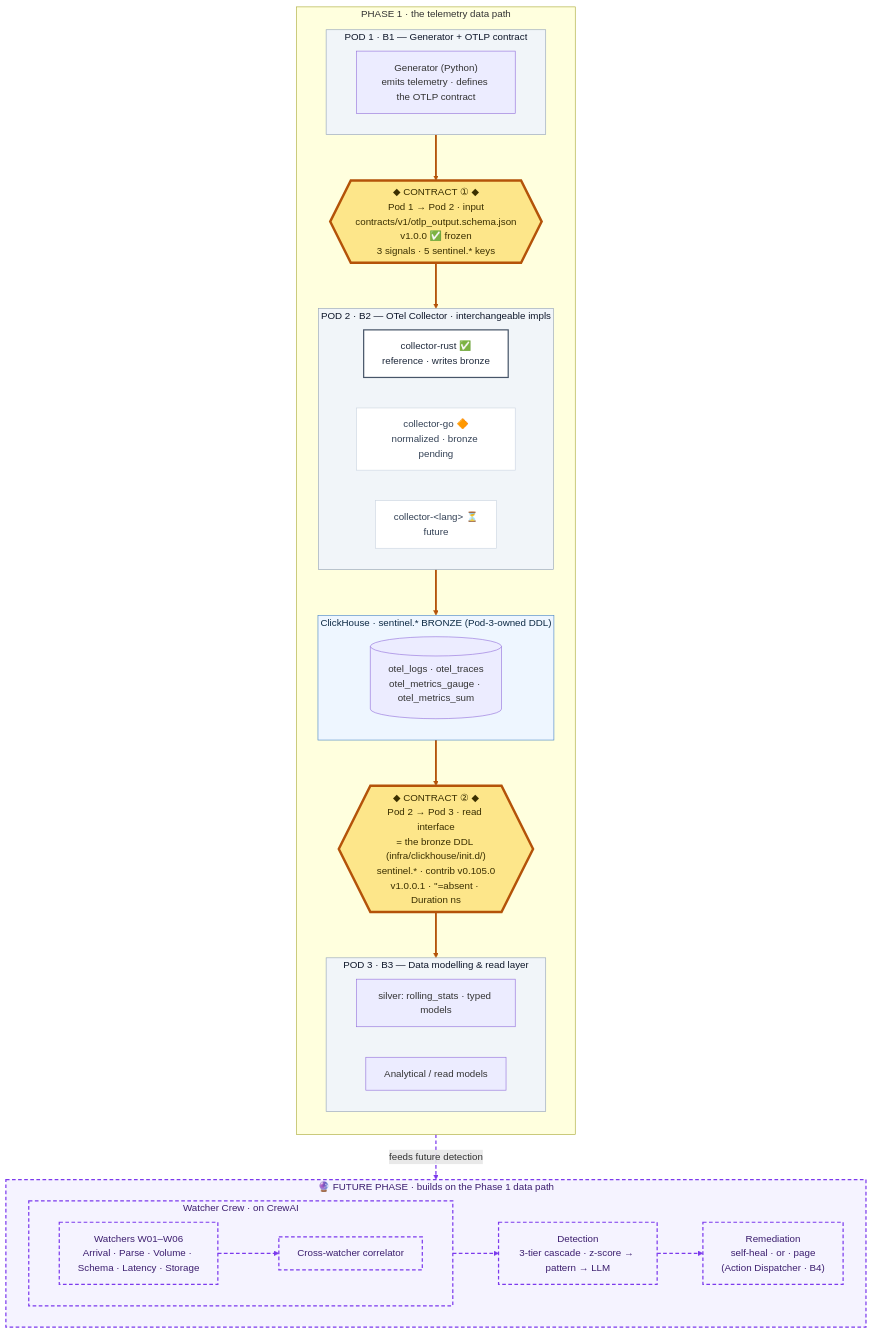
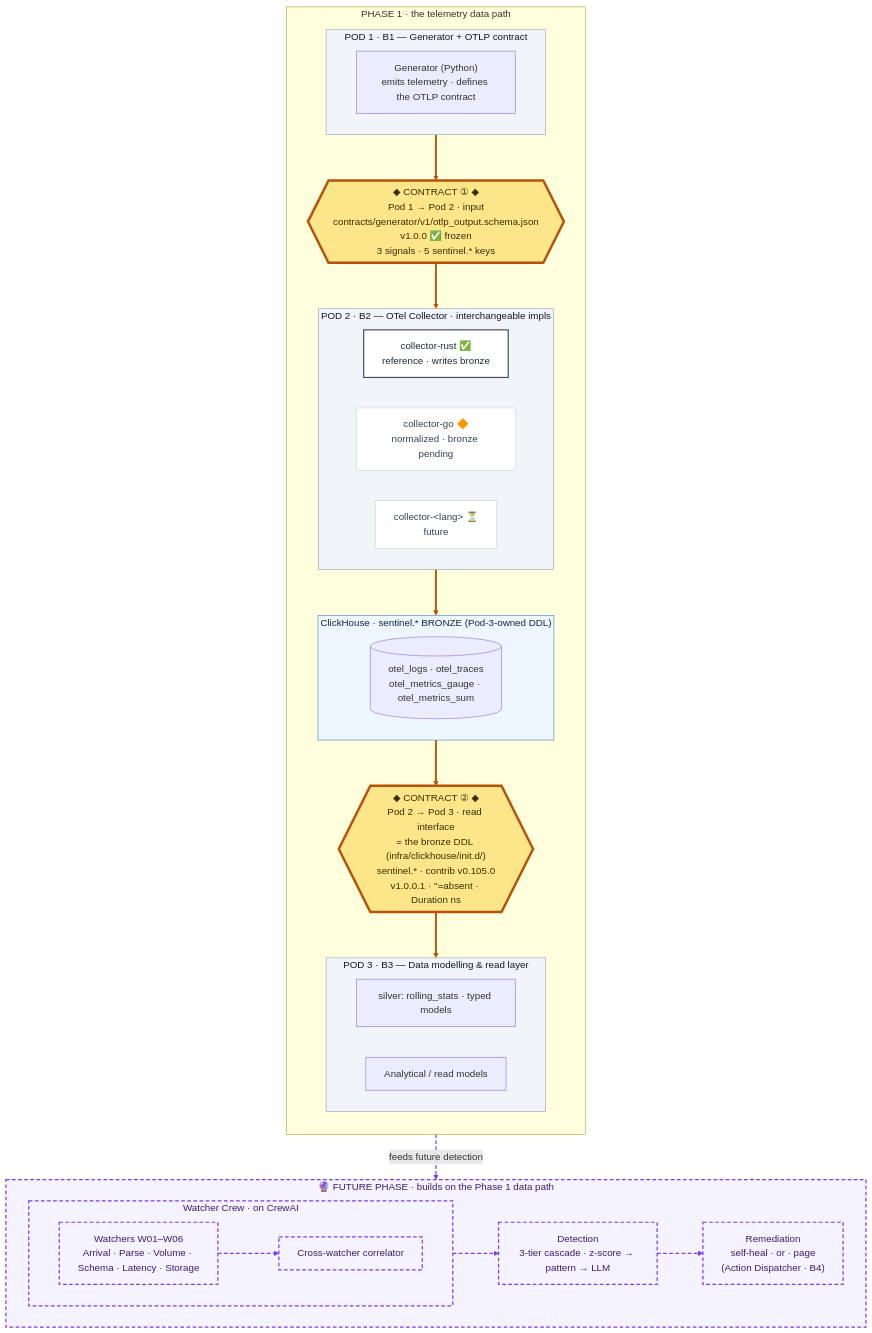
The diagram in README.md (luanmorenommaciel/sentinel), drawn with Mermaid before and after one commit. The commit also changed other lines of this file and 34 other files, not shown here.

````diff
--- a/README.md
+++ b/README.md
@@ -14,63 +14,63 @@
 ```mermaid
 flowchart TB
     subgraph PHASE1["PHASE 1 · the telemetry data path"]
         direction TB
         subgraph POD1["POD 1 · B1 — Generator + OTLP contract"]
             GEN["Generator (Python)<br/>emits telemetry · defines the OTLP contract"]
         end
 
-        C1{{"◆ CONTRACT ① ◆<br/>Pod 1 → Pod 2 · input<br/>contracts/v1/otlp_output.schema.json<br/>v1.0.0 ✅ frozen<br/>3 signals · 5 sentinel.* keys"}}
+        C1{{"◆ CONTRACT ① ◆<br/>Pod 1 → Pod 2 · input<br/>contracts/generator/v1/otlp_output.schema.json<br/>v1.0.0 ✅ frozen<br/>3 signals · 5 sentinel.* keys"}}
 
         subgraph POD2["POD 2 · B2 — OTel Collector · interchangeable impls"]
             direction LR
             CRUST["collector-rust ✅<br/>reference · writes bronze"]
             CGO["collector-go 🔶<br/>normalized · bronze pending"]
             C3["collector-&lt;lang&gt; ⏳<br/>future"]
         end
 
         subgraph STORE["ClickHouse · sentinel.* BRONZE (Pod-3-owned DDL)"]
             direction LR
             RAW[("otel_logs · otel_traces<br/>otel_metrics_gauge · otel_metrics_sum")]
         end
 
         C2{{"◆ CONTRACT ② ◆<br/>Pod 2 → Pod 3 · read interface<br/>= the bronze DDL (infra/clickhouse/init.d/)<br/>sentinel.* · contrib v0.105.0<br/>v1.0.0.1 · ''=absent · Duration ns"}}
 
         subgraph POD3["POD 3 · B3 — Data modelling & read layer"]
             direction LR
             SILVER["silver: rolling_stats · typed models"]
             DM["Analytical / read models"]
         end
 
         POD1 ==> C1 ==> POD2 ==> STORE ==> C2 ==> POD3
     end
 
     subgraph FUTURE["🔮 FUTURE PHASE · builds on the Phase 1 data path"]
         direction LR
         subgraph CREW["Watcher Crew · on CrewAI"]
             direction LR
             WATCH["Watchers W01–W06<br/>Arrival · Parse · Volume · Schema · Latency · Storage"]
             XCORR["Cross-watcher correlator"]
             WATCH --> XCORR
         end
         DETECT["Detection<br/>3-tier cascade · z-score → pattern → LLM"]
         REMED["Remediation<br/>self-heal · or · page<br/>(Action Dispatcher · B4)"]
         CREW --> DETECT --> REMED
     end
 
     POD3 -.->|"feeds future detection"| FUTURE
 
     classDef contract fill:#fde68a,stroke:#b45309,stroke-width:4px,color:#3a2f00;
     classDef zone fill:#f1f5f9,stroke:#94a3b8,color:#0f172a;
     classDef store fill:#eef6ff,stroke:#4a86c5,color:#0d2a45;
     classDef impl fill:#ffffff,stroke:#cbd5e1,color:#334155;
     classDef refimpl fill:#ffffff,stroke:#475569,stroke-width:2px,color:#1e293b;
     classDef future fill:#f5f3ff,stroke:#7c3aed,stroke-width:2px,stroke-dasharray:6 4,color:#3b1d6e;
     class C1,C2 contract;
     class POD1,POD2,POD3 zone;
     class STORE store;
     class CGO,C3 impl;
     class CRUST refimpl;
     class FUTURE,CREW,WATCH,XCORR,DETECT,REMED future;
     linkStyle 0,1,2,3,4 stroke:#b45309,stroke-width:3px;
     linkStyle 5,6,7,8 stroke:#7c3aed,stroke-width:2px,stroke-dasharray:6 4;
 ```
````
